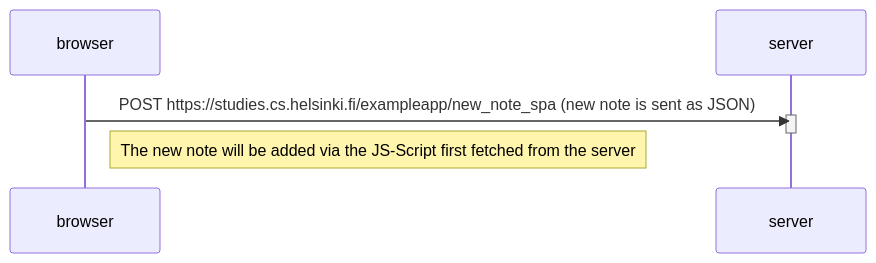
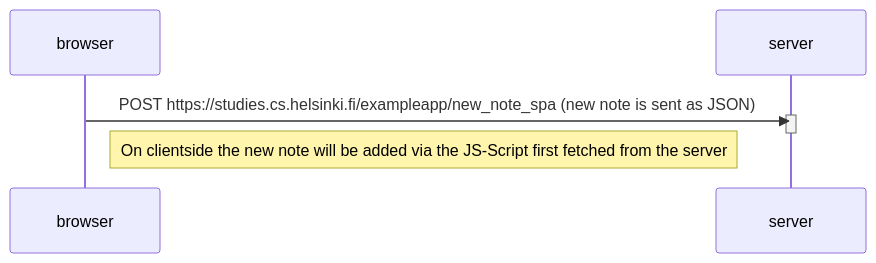
One commit to manurik95/part0 changed the diagram in Exercise0_6.md. Above: the diagram before and after it, drawn with Mermaid.

````diff
--- a/Exercise0_6.md
+++ b/Exercise0_6.md
@@ -4,15 +4,15 @@
 ```mermaid
 sequenceDiagram
     participant browser
     participant server
 
     browser->>server: POST https://studies.cs.helsinki.fi/exampleapp/new_note_spa (new note is sent as JSON)
     activate server
     
     
     deactivate server
 
     
 
-    Note right of browser: The new note will be added via the JS-Script first fetched from the server
+    Note right of browser: On clientside the new note will be added via the JS-Script first fetched from the server
 ```
````
